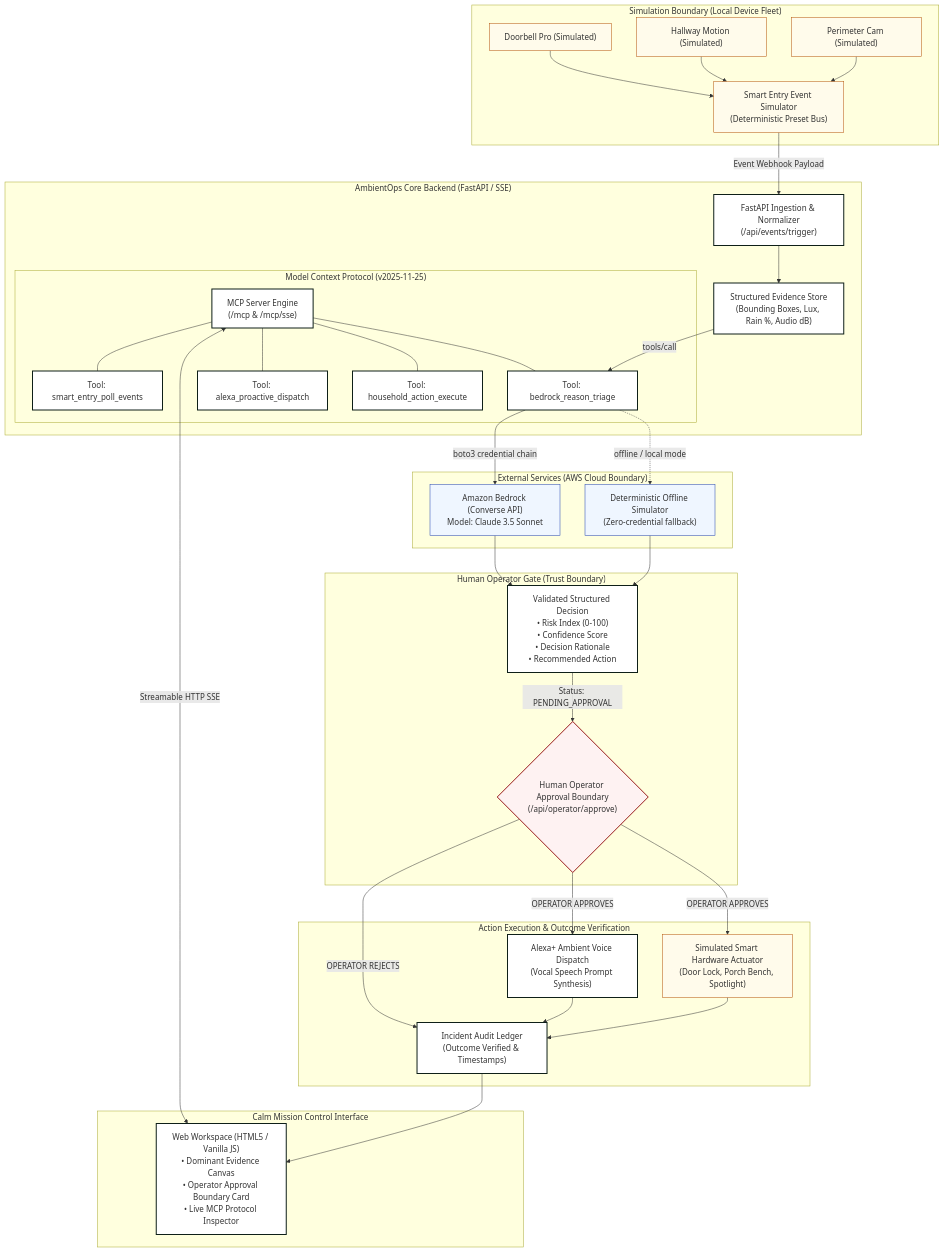
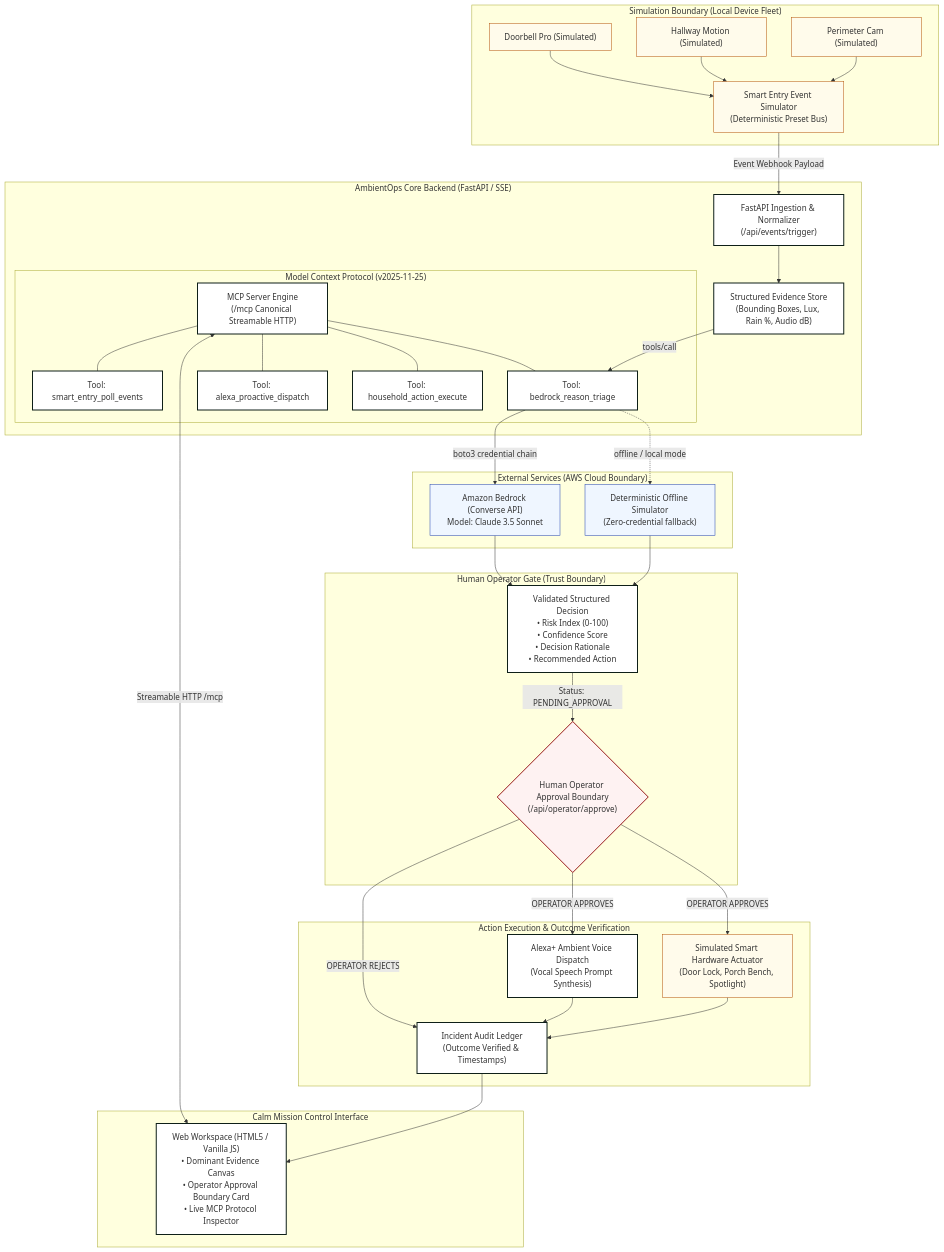
The diagram in README.md (abhijeetnardele24-hash/ambient-ops), drawn with Mermaid before and after one commit. The commit also changed other lines of this file and 38 other files, not shown here.

````diff
--- a/README.md
+++ b/README.md
@@ -62,72 +79,72 @@
 ```mermaid
 graph TD
     classDef sim fill:#fffbeb,stroke:#b45309,stroke-width:1px;
     classDef core fill:#ffffff,stroke:#0e1f18,stroke-width:2px;
     classDef gate fill:#fef2f2,stroke:#991b1b,stroke-width:2px;
     classDef ext fill:#eff6ff,stroke:#1e40af,stroke-width:1px;
 
     subgraph SIM_BOUNDARY ["Simulation Boundary (Local Device Fleet)"]
         D1["Doorbell Pro (Simulated)"]:::sim
         D2["Hallway Motion (Simulated)"]:::sim
         D3["Perimeter Cam (Simulated)"]:::sim
         SIM_BUS["Smart Entry Event Simulator<br/>(Deterministic Preset Bus)"]:::sim
         D1 --> SIM_BUS
         D2 --> SIM_BUS
         D3 --> SIM_BUS
     end
 
     subgraph TRUST_BOUNDARY ["AmbientOps Core Backend (FastAPI / SSE)"]
         INGEST["FastAPI Ingestion & Normalizer<br/>(/api/events/trigger)"]:::core
         SIM_BUS -->|Event Webhook Payload| INGEST
         
         EVID["Structured Evidence Store<br/>(Bounding Boxes, Lux, Rain %, Audio dB)"]:::core
         INGEST --> EVID
 
         subgraph MCP_CORE ["Model Context Protocol (v2025-11-25)"]
-            MCP_ENG["MCP Server Engine<br/>(/mcp & /mcp/sse)"]:::core
+            MCP_ENG["MCP Server Engine<br/>(/mcp Canonical Streamable HTTP)"]:::core
             T_POLL["Tool: smart_entry_poll_events"]:::core
             T_TRIAGE["Tool: bedrock_reason_triage"]:::core
             T_DISPATCH["Tool: alexa_proactive_dispatch"]:::core
             T_ACTION["Tool: household_action_execute"]:::core
             MCP_ENG --- T_POLL
             MCP_ENG --- T_TRIAGE
             MCP_ENG --- T_DISPATCH
             MCP_ENG --- T_ACTION
         end
         EVID -->|tools/call| T_TRIAGE
     end
 
     subgraph CLOUD_BOUNDARY ["External Services (AWS Cloud Boundary)"]
         BEDROCK["Amazon Bedrock (Converse API)<br/>Model: Claude 3.5 Sonnet"]:::ext
         EMULATOR["Deterministic Offline Simulator<br/>(Zero-credential fallback)"]:::ext
         T_TRIAGE -->|boto3 credential chain| BEDROCK
         T_TRIAGE -.->|offline / local mode| EMULATOR
     end
 
     subgraph OPERATOR_GATE ["Human Operator Gate (Trust Boundary)"]
         DECISION["Validated Structured Decision<br/>• Risk Index (0-100)<br/>• Confidence Score<br/>• Decision Rationale<br/>• Recommended Action"]:::core
         BEDROCK --> DECISION
         EMULATOR --> DECISION
 
         GATE{"Human Operator Approval Boundary<br/>(/api/operator/approve)"}:::gate
         DECISION -->|Status: PENDING_APPROVAL| GATE
     end
 
     subgraph OUTCOME_STAGE ["Action Execution & Outcome Verification"]
         DISPATCH_VOICE["Alexa+ Ambient Voice Dispatch<br/>(Vocal Speech Prompt Synthesis)"]:::core
         EXEC_ACTION["Simulated Smart Hardware Actuator<br/>(Door Lock, Porch Bench, Spotlight)"]:::sim
         AUDIT["Incident Audit Ledger<br/>(Outcome Verified & Timestamps)"]:::core
 
         GATE -->|OPERATOR APPROVES| DISPATCH_VOICE
         GATE -->|OPERATOR APPROVES| EXEC_ACTION
         GATE -->|OPERATOR REJECTS| AUDIT
         DISPATCH_VOICE --> AUDIT
         EXEC_ACTION --> AUDIT
     end
 
     subgraph CLIENT_UI ["Calm Mission Control Interface"]
         UI_WORKSPACE["Web Workspace (HTML5 / Vanilla JS)<br/>• Dominant Evidence Canvas<br/>• Operator Approval Boundary Card<br/>• Live MCP Protocol Inspector"]:::core
-        MCP_ENG <-->|Streamable HTTP SSE| UI_WORKSPACE
+        MCP_ENG <-->|Streamable HTTP /mcp| UI_WORKSPACE
         AUDIT --> UI_WORKSPACE
     end
 ```
````
